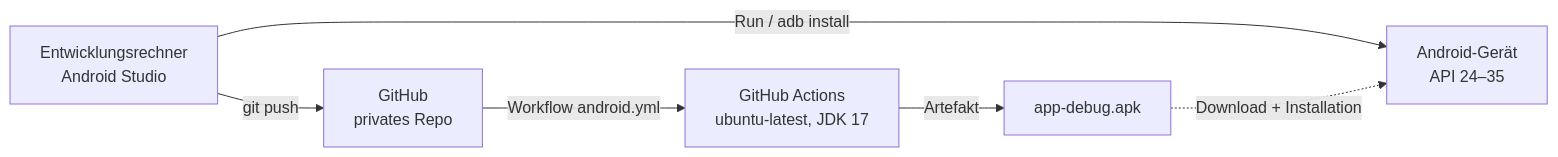
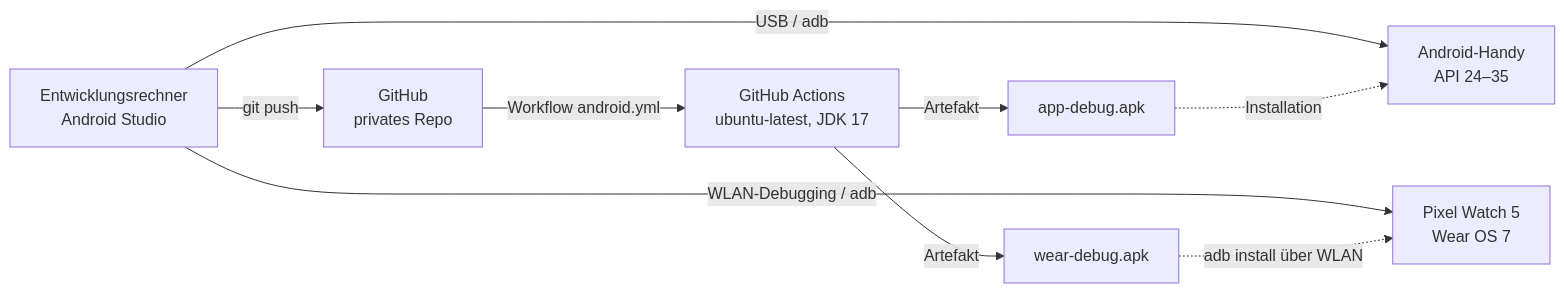
Before and after one commit to Neon153/kugel-labyrinth: the sixth of 6 diagrams in docs/02-architektur.md, drawn with Mermaid. The commit also changed other lines of this file and 9 other files, not shown here.

````diff
--- a/docs/02-architektur.md
+++ b/docs/02-architektur.md
@@ -202,8 +231,11 @@
 ```mermaid
 flowchart LR
     Dev[Entwicklungsrechner<br/>Android Studio] -- git push --> GH[GitHub<br/>privates Repo]
     GH -- Workflow android.yml --> CI[GitHub Actions<br/>ubuntu-latest, JDK 17]
-    CI -- Artefakt --> APK[app-debug.apk]
-    Dev -- Run / adb install --> Phone[Android-Gerät<br/>API 24–35]
-    APK -. Download + Installation .-> Phone
+    CI -- Artefakt --> PAPK[app-debug.apk]
+    CI -- Artefakt --> WAPK[wear-debug.apk]
+    Dev -- USB / adb --> Phone[Android-Handy<br/>API 24–35]
+    Dev -- WLAN-Debugging / adb --> Watch[Pixel Watch 5<br/>Wear OS 7]
+    PAPK -. Installation .-> Phone
+    WAPK -. adb install über WLAN .-> Watch
 ```
````
